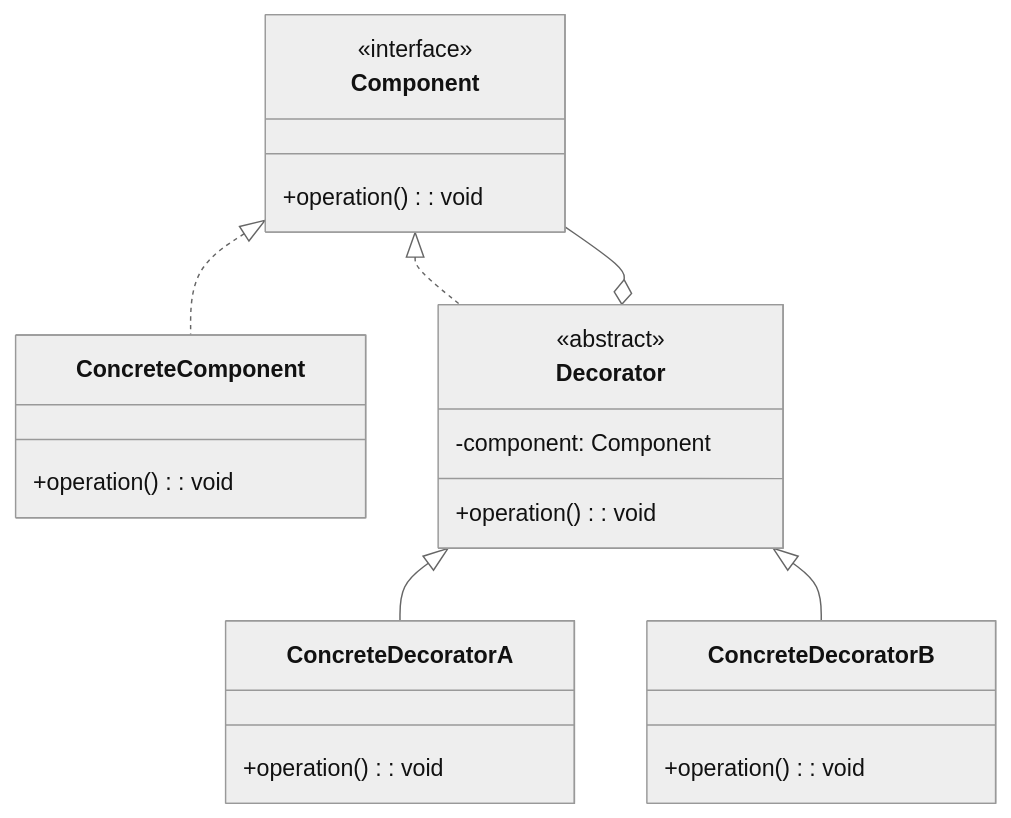
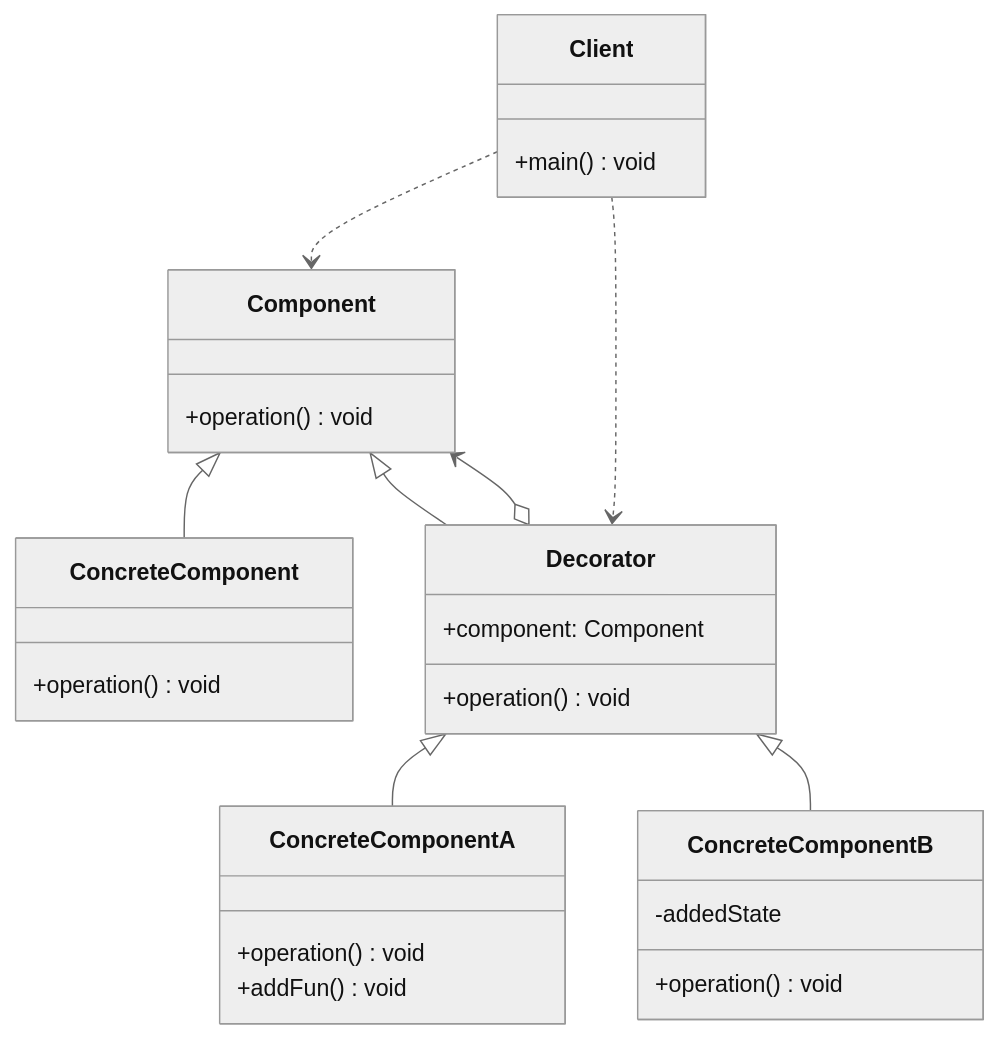
The eighth of 11 diagrams in 计算机科学/面向对象设计与Java编程/9 设计模式/9-1 设计模式概述.md (InfiniteAstral/notes), drawn with Mermaid (neutral theme) before and after one commit. The commit also changed other lines of this file, not shown here.

Commit message:
feat: update mermaid class diagram 计算机科学/面向对象设计与Java编程/9 设计模式/9-1 设计模式概述.md

````diff
--- a/计算机科学/面向对象设计与Java编程/9 设计模式/9-1 设计模式概述.md
+++ b/计算机科学/面向对象设计与Java编程/9 设计模式/9-1 设计模式概述.md
@@ -270,27 +348,36 @@
 ```mermaid
 classDiagram
-    class Component {
-        <<interface>>
-        +operation(): void
-    }
-    class ConcreteComponent {
-        +operation(): void
-    }
-    class Decorator {
-        <<abstract>>
-        -component: Component
-        +operation(): void
-    }
-    class ConcreteDecoratorA {
-        +operation(): void
-    }
-    class ConcreteDecoratorB {
-        +operation(): void
-    }
+  direction TB
+  class Client {
+    +main() void
+  }
+  class Component {
+    +operation() void
+  }
+  class ConcreteComponent {
+    +operation() void
+  }
+  class ConcreteComponentA {
+    +operation() void
+    +addFun() void
+  }
+  class ConcreteComponentB {
+    -addedState
+    +operation() void
+  }
+  class Decorator {
+    +component: Component
+    +operation() void
+  }
 
-    Component <|.. ConcreteComponent
-    Component <|.. Decorator
-    Decorator <|-- ConcreteDecoratorA
-    Decorator <|-- ConcreteDecoratorB
-    Decorator o-- Component
+  Component <|-- ConcreteComponent
+  Component <|-- Decorator
+
+  Decorator <|-- ConcreteComponentA
+  Decorator <|-- ConcreteComponentB
+
+  Component <--o Decorator
+
+  Client ..> Component
+  Client ..> Decorator
 ```
````
